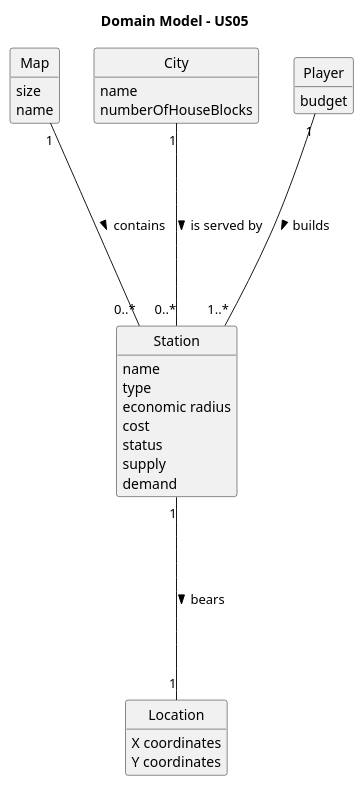
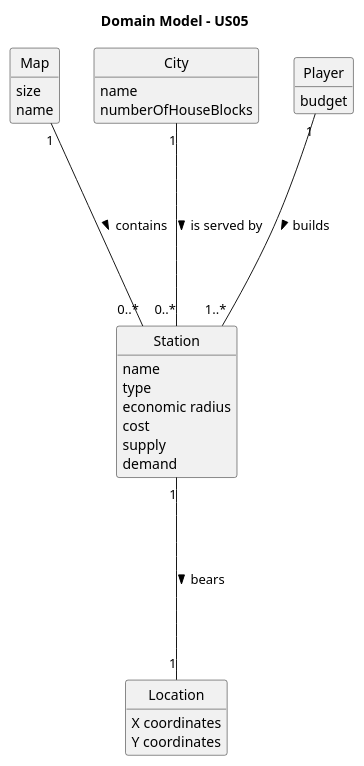
One commit to Educ00/mdisc-2425 changed the diagram in docs/system-documentation/sprint 1/US05/02.analysis/puml/US005-DM.puml. Above: the diagram before and after it, drawn with PlantUML. The commit also changed 7 other files, not shown here.

```diff
--- a/docs/system-documentation/sprint 1/US05/02.analysis/puml/US005-DM.puml
+++ b/docs/system-documentation/sprint 1/US05/02.analysis/puml/US005-DM.puml
@@ -1,46 +1,45 @@
 @startuml
 
 skinparam monochrome true
 skinparam packageStyle rectangle
 skinparam shadowing false
 skinparam classAttributeIconSize 0
 hide circle
 hide methods
 
 title Domain Model - US05
 
 class Map {
     size
     name
 }
 
 class City {
     name
     numberOfHouseBlocks
 }
 
 class Location {
     X coordinates
     Y coordinates
 }
 
 class Station {
     name
     type
     economic radius
     cost
-    status
     supply
     demand
 }
 
 class Player {
     budget
 }
 
 Map "1" ---- "0..*" Station : contains >
 City "1" ---- "0..*" Station : is served by >
 Station "1" ---- "1" Location : bears >
 Player "1" ---- "1..*" Station : builds >
 
 @enduml
```
